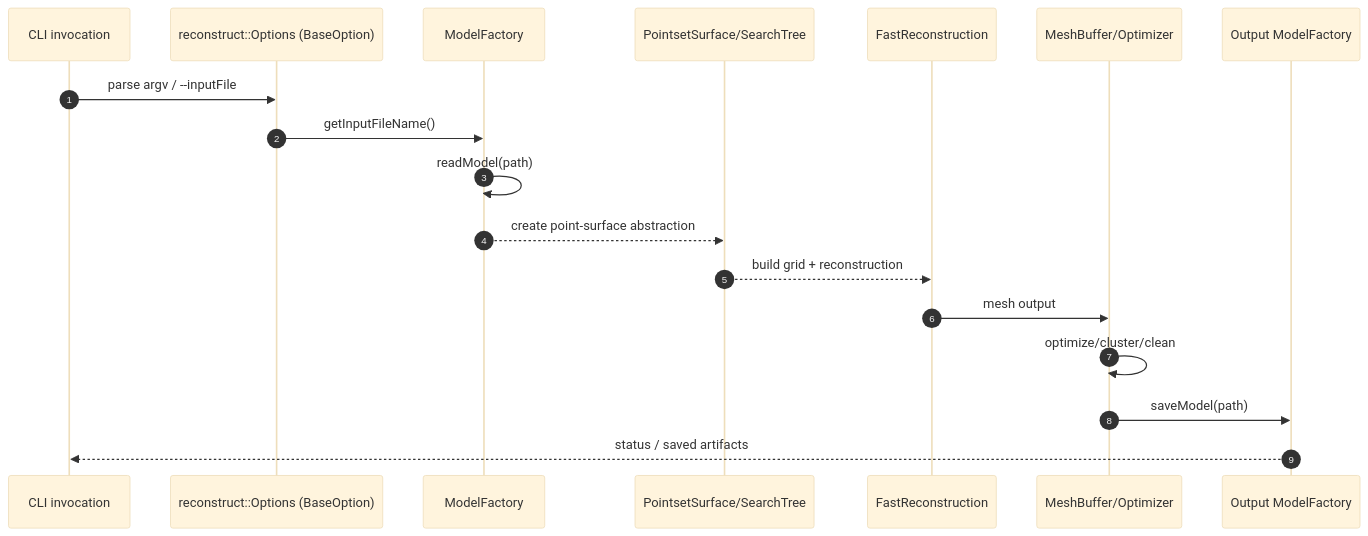
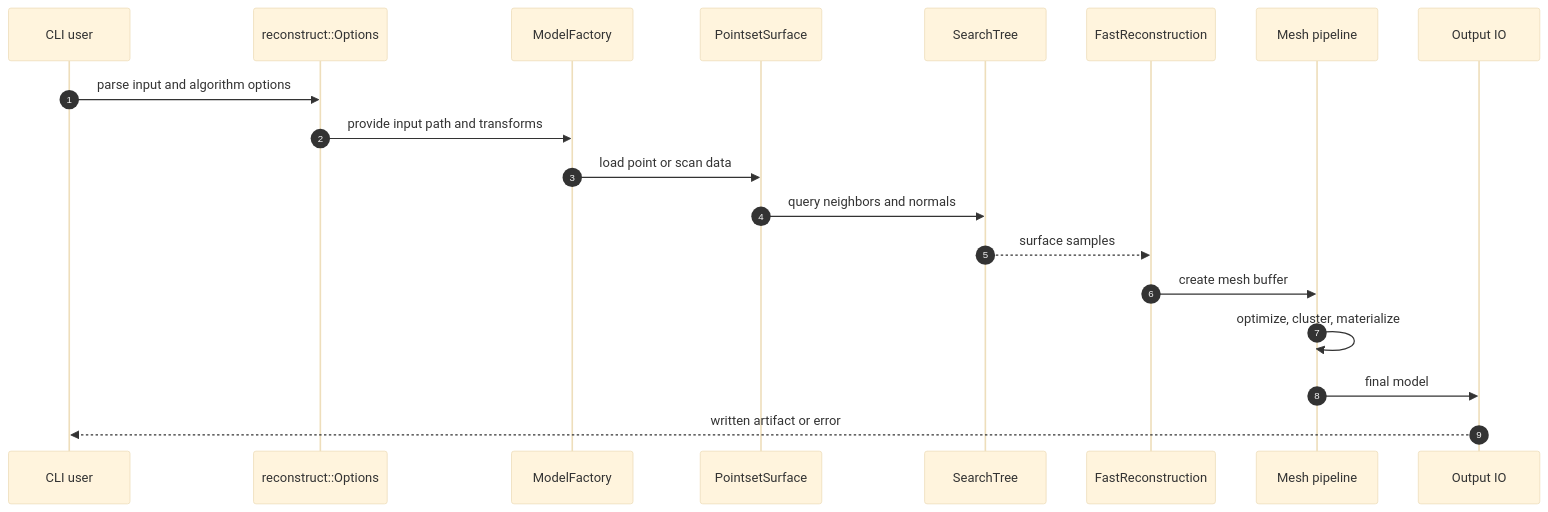
The first of 3 diagrams in docs/architecture.md (LVR-3/lvr3), drawn with Mermaid (base theme) before and after one commit. The commit also changed other lines of this file and 4 other files, not shown here.

````diff
--- a/docs/architecture.md
+++ b/docs/architecture.md
@@ -18,21 +10,22 @@
 ```mermaid
 sequenceDiagram
     autonumber
-    participant CLI as CLI invocation
-    participant OptionsBox as reconstruct::Options (BaseOption)
-    participant MF as ModelFactory
-    participant Surf as PointsetSurface/SearchTree
+    participant User as CLI user
+    participant OptionsBox as reconstruct::Options
+    participant IO as ModelFactory
+    participant Surface as PointsetSurface
+    participant Search as SearchTree
     participant Reco as FastReconstruction
-    participant Mesh as MeshBuffer/Optimizer
-    participant Out as Output ModelFactory
+    participant Mesh as Mesh pipeline
+    participant Save as Output IO
 
-    CLI->>OptionsBox: parse argv / --inputFile
-    OptionsBox->>MF: getInputFileName()
-    MF->>MF: readModel(path)
-    MF-->>Surf: create point-surface abstraction
-    Surf-->>Reco: build grid + reconstruction
-    Reco->>Mesh: mesh output
-    Mesh->>Mesh: optimize/cluster/clean
-    Mesh->>Out: saveModel(path)
-    Out-->>CLI: status / saved artifacts
+    User->>OptionsBox: parse input and algorithm options
+    OptionsBox->>IO: provide input path and transforms
+    IO->>Surface: load point or scan data
+    Surface->>Search: query neighbors and normals
+    Search-->>Reco: surface samples
+    Reco->>Mesh: create mesh buffer
+    Mesh->>Mesh: optimize, cluster, materialize
+    Mesh->>Save: final model
+    Save-->>User: written artifact or error
 ```
````
